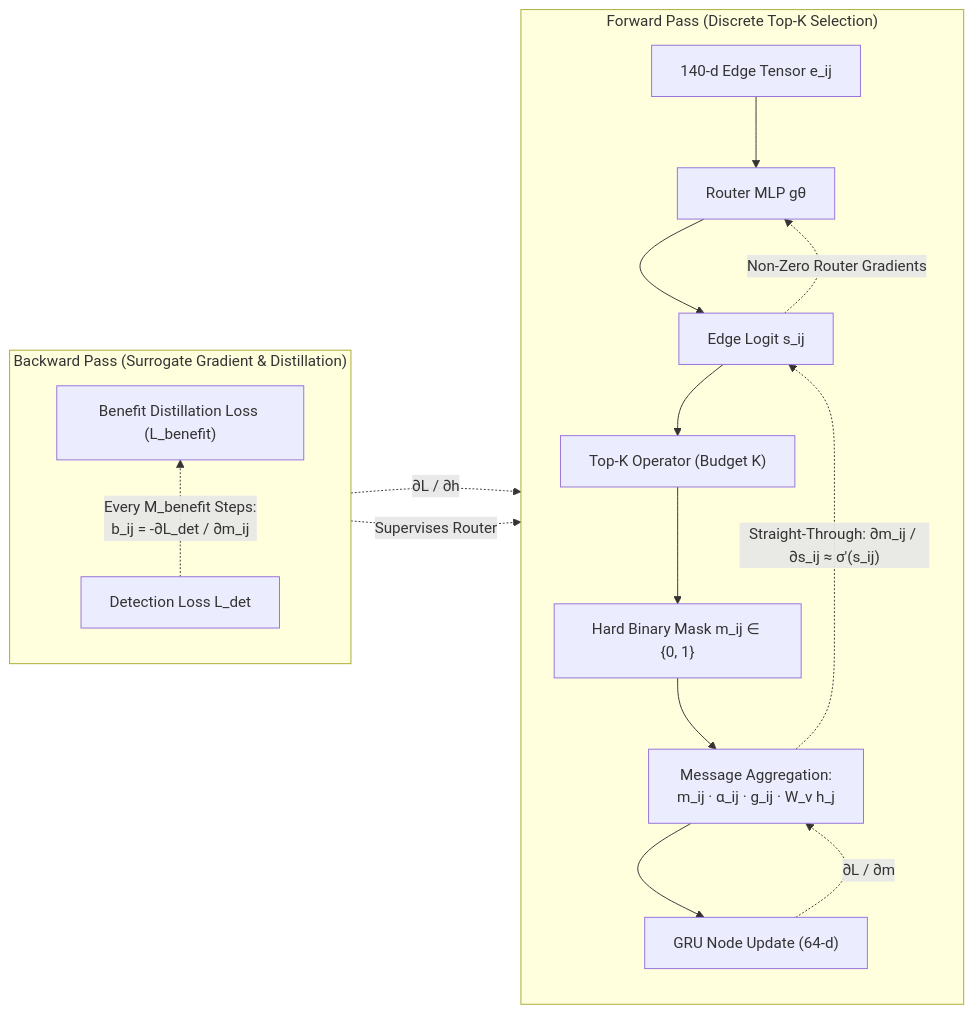
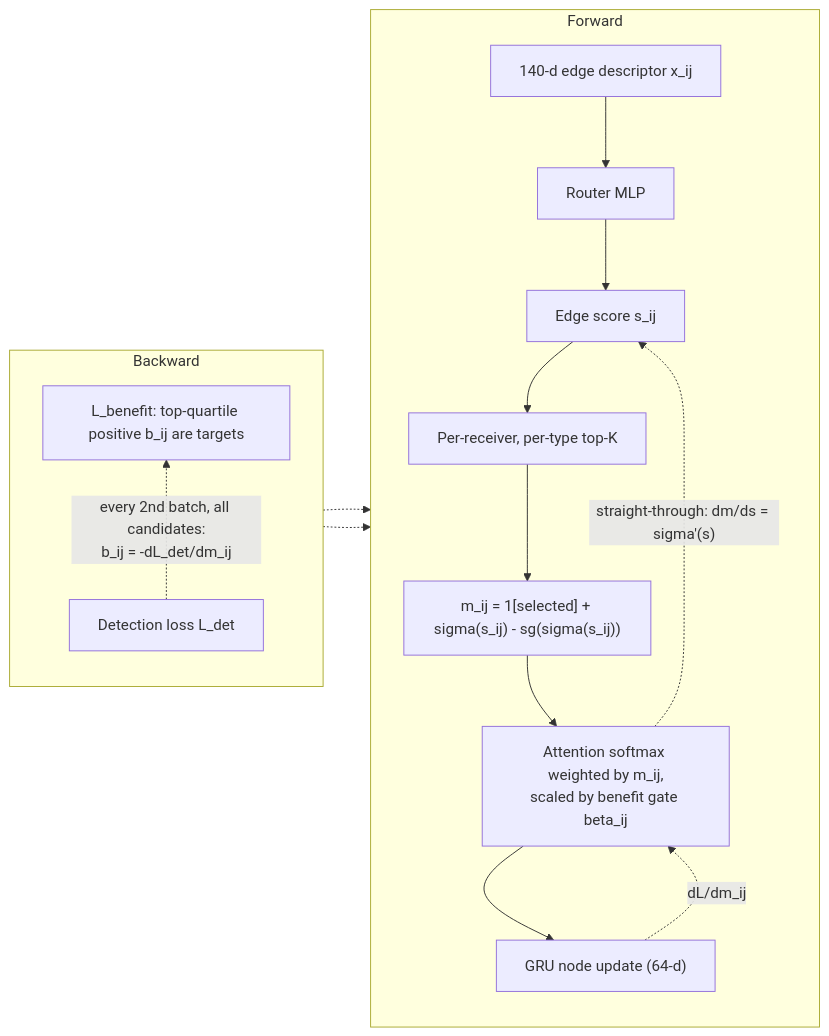
The second of 3 diagrams in README.md (rahulmahasetha/UCR-MFG--Advance-Object-Detection), drawn with Mermaid before and after one commit. The commit also changed other lines of this file and 29 other files, not shown here.

First line of the commit message:
refactor: streamline for VisDrone and UAVDT, add notebooks and architecture generator

````diff
--- a/README.md
+++ b/README.md
@@ -112,22 +67,20 @@
 ```mermaid
 flowchart LR
-    subgraph FORWARD["Forward Pass (Discrete Top-K Selection)"]
+    subgraph FORWARD["Forward"]
         direction TB
-        E_IN["140-d Edge Tensor e_ij"] --> MLP["Router MLP gθ"]
-        MLP --> S_LOGIT["Edge Logit s_ij"]
-        S_LOGIT --> TOPK_OP["Top-K Operator (Budget K)"]
-        TOPK_OP --> HARD_M["Hard Binary Mask m_ij ∈ {0, 1}"]
-        HARD_M --> MP_AGG["Message Aggregation:\nm_ij · α_ij · g_ij · W_v h_j"]
-        MP_AGG --> GRU_NODE["GRU Node Update (64-d)"]
+        E_IN["140-d edge descriptor x_ij"] --> MLP["Router MLP"]
+        MLP --> S["Edge score s_ij"]
+        S --> TOPK["Per-receiver, per-type top-K"]
+        TOPK --> M["m_ij = 1[selected] + sigma(s_ij) - sg(sigma(s_ij))"]
+        M --> AGG["Attention softmax weighted by m_ij,<br/>scaled by benefit gate beta_ij"]
+        AGG --> GRU["GRU node update (64-d)"]
     end
-
-    subgraph BACKWARD["Backward Pass (Surrogate Gradient & Distillation)"]
+    subgraph BACKWARD["Backward"]
         direction BT
-        L_DET["Detection Loss L_det"] -.->|"∂L / ∂h"| GRU_NODE
-        GRU_NODE -.->|"∂L / ∂m"| MP_AGG
-        MP_AGG -.->|"Straight-Through: ∂m_ij / ∂s_ij ≈ σ'(s_ij)"| S_LOGIT
-        S_LOGIT -.->|"Non-Zero Router Gradients"| MLP
-        L_DET -.->|"Every M_benefit Steps:\nb_ij = -∂L_det / ∂m_ij"| DISTILL["Benefit Distillation Loss (L_benefit)"]
-        DISTILL -.->|"Supervises Router"| MLP
+        LDET["Detection loss L_det"] -.-> GRU
+        GRU -.->|"dL/dm_ij"| AGG
+        AGG -.->|"straight-through: dm/ds = sigma'(s)"| S
+        LDET -.->|"every 2nd batch, all candidates:<br/>b_ij = -dL_det/dm_ij"| DIST["L_benefit: top-quartile positive b_ij are targets"]
+        DIST -.-> MLP
     end
 ```
````
